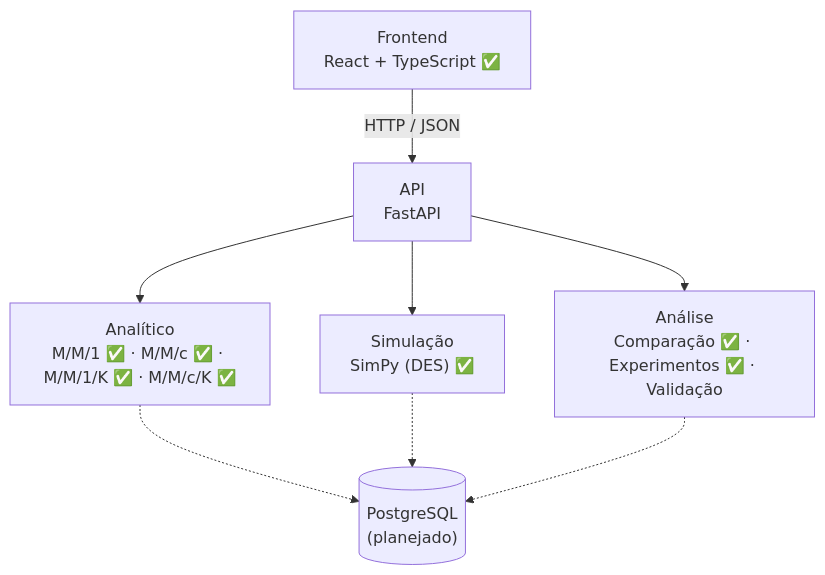
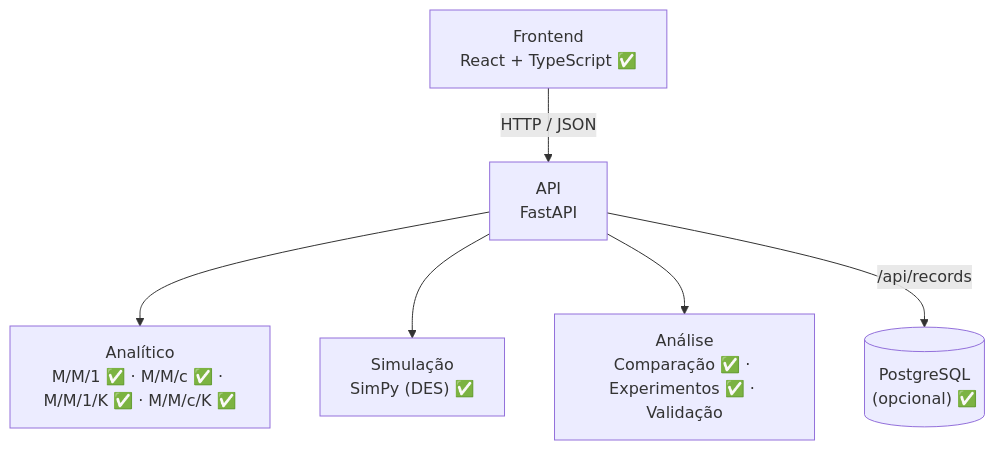
One commit to lucifer-son/QSimulador changed the diagram in README.md. Above: the diagram before and after it, drawn with Mermaid. The commit also changed other lines of this file and 48 other files, not shown here.

Commit message:
Adiciona histórico com PostgreSQL, LICENSE e documentação acadêmica

````diff
--- a/README.md
+++ b/README.md
@@ -263,17 +264,15 @@
 ```mermaid
 flowchart TD
     FE["Frontend<br/>React + TypeScript ✅"]
     API["API<br/>FastAPI"]
     AN["Analítico<br/>M/M/1 ✅ · M/M/c ✅ · M/M/1/K ✅ · M/M/c/K ✅"]
     SIM["Simulação<br/>SimPy (DES) ✅"]
     ANL["Análise<br/>Comparação ✅ · Experimentos ✅ · Validação"]
-    DB[("PostgreSQL<br/>(planejado)")]
+    DB[("PostgreSQL<br/>(opcional) ✅")]
 
     FE -->|HTTP / JSON| API
     API --> AN
     API --> SIM
     API --> ANL
-    AN -.-> DB
-    SIM -.-> DB
-    ANL -.-> DB
+    API -->|/api/records| DB
 ```
````
